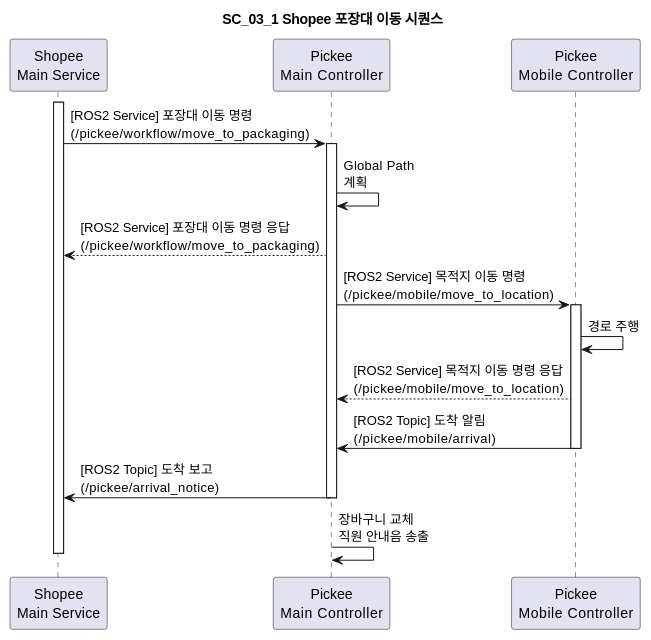
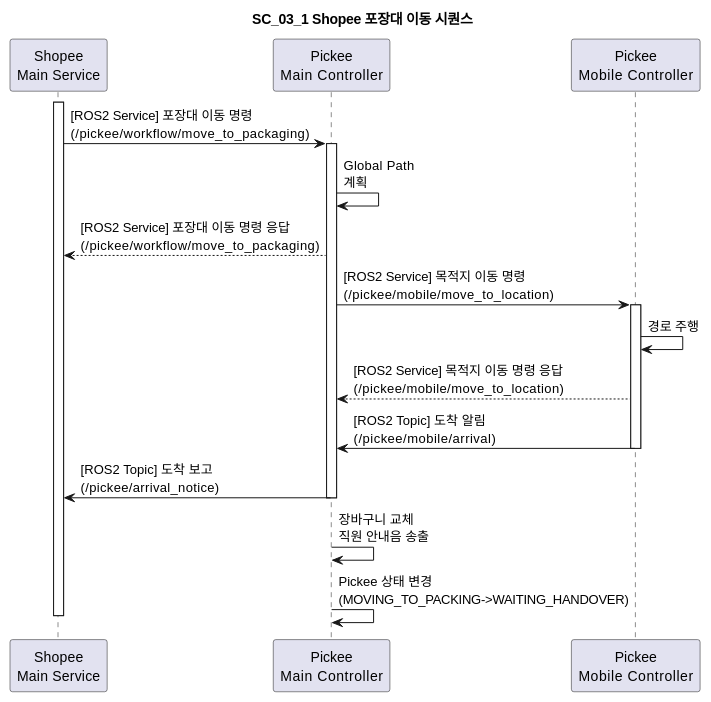
The diagram in docs/SequenceDiagram/SC_03_1.md (addinedu-roscamp-7th/roscamp-repo-1), drawn with PlantUML before and after one commit. The commit also changed 18 other files, not shown here.

```diff
--- a/docs/SequenceDiagram/SC_03_1.md
+++ b/docs/SequenceDiagram/SC_03_1.md
@@ -1,35 +1,37 @@
 @startuml
 title SC_03_1 Shopee 포장대 이동 시퀀스
 
-participant "Shopee\nMain Service" as Shopee
-participant "Pickee\nMain Controller" as MainCtrl
-participant "Pickee\nMobile Controller" as MobileCtrl
+participant "Shopee\nMain Service" as main
+participant "Pickee\nMain Controller" as pickee_main
+participant "Pickee\nMobile Controller" as pickee_mobile
 
-activate Shopee
+activate main
 
-Shopee -> MainCtrl: [ROS2 Service] 포장대 이동 명령\n(/pickee/workflow/move_to_packaging)
-activate MainCtrl
+main -> pickee_main: [ROS2 Service] 포장대 이동 명령\n(/pickee/workflow/move_to_packaging)
+activate pickee_main
 
-MainCtrl -> MainCtrl: Global Path\n계획
+pickee_main -> pickee_main: Global Path\n계획
 
-Shopee <-- MainCtrl: [ROS2 Service] 포장대 이동 명령 응답\n(/pickee/workflow/move_to_packaging)
+main <-- pickee_main: [ROS2 Service] 포장대 이동 명령 응답\n(/pickee/workflow/move_to_packaging)
 
-MainCtrl -> MobileCtrl: [ROS2 Service] 목적지 이동 명령\n(/pickee/mobile/move_to_location)
-activate MobileCtrl
+pickee_main -> pickee_mobile: [ROS2 Service] 목적지 이동 명령\n(/pickee/mobile/move_to_location)
+activate pickee_mobile
 
-MobileCtrl -> MobileCtrl: 경로 주행
+pickee_mobile -> pickee_mobile: 경로 주행
 
-MobileCtrl --> MainCtrl: [ROS2 Service] 목적지 이동 명령 응답\n(/pickee/mobile/move_to_location)
+pickee_mobile --> pickee_main: [ROS2 Service] 목적지 이동 명령 응답\n(/pickee/mobile/move_to_location)
 
-MobileCtrl -> MainCtrl: [ROS2 Topic] 도착 알림\n(/pickee/mobile/arrival)
-deactivate MobileCtrl
+pickee_mobile -> pickee_main: [ROS2 Topic] 도착 알림\n(/pickee/mobile/arrival)
+deactivate pickee_mobile
 
-MainCtrl -> Shopee: [ROS2 Topic] 도착 보고\n(/pickee/arrival_notice)
+pickee_main -> main: [ROS2 Topic] 도착 보고\n(/pickee/arrival_notice)
 
-deactivate MainCtrl
+deactivate pickee_main
 
-MainCtrl -> MainCtrl: 장바구니 교체\n직원 안내음 송출
+pickee_main -> pickee_main: 장바구니 교체\n직원 안내음 송출
 
-deactivate Shopee
+pickee_main -> pickee_main: Pickee 상태 변경\n(MOVING_TO_PACKING->WAITING_HANDOVER)
+
+deactivate main
 
 @enduml
```
